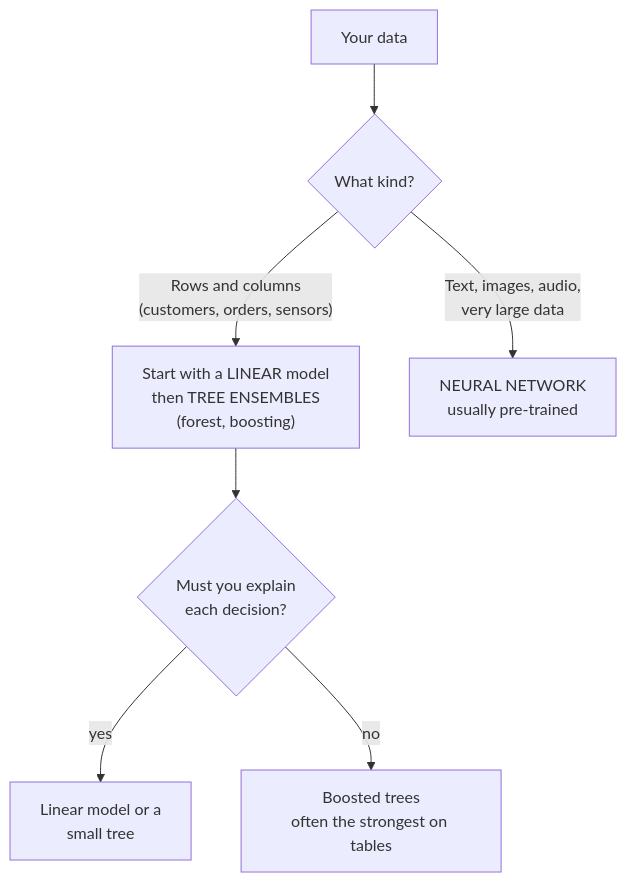
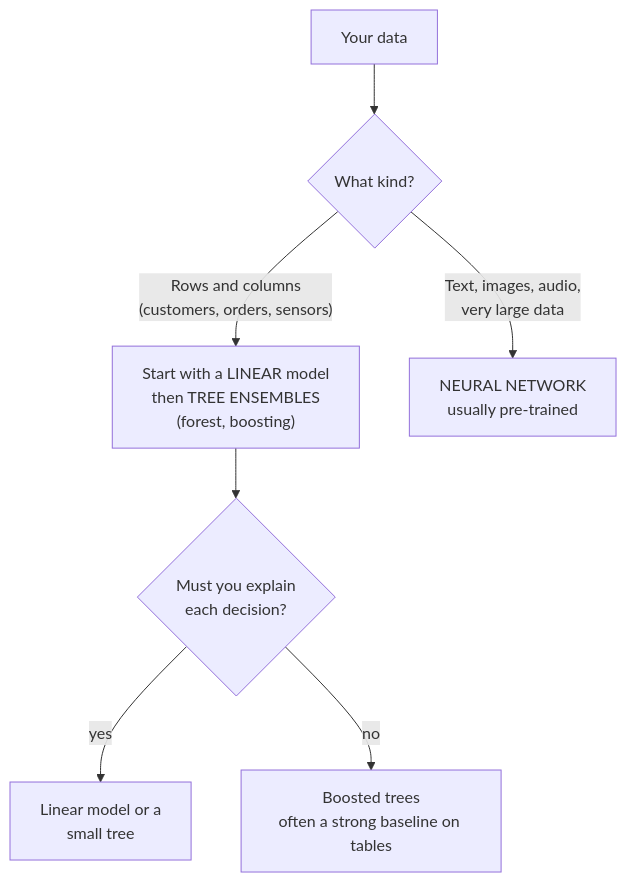
Before and after one commit to aakashagg123/gatsby: the diagram in machine-learning/model-families.md, drawn with Mermaid. The commit also changed other lines of this file and 20 other files, not shown here.

````diff
--- a/machine-learning/model-families.md
+++ b/machine-learning/model-families.md
@@ -43,9 +44,9 @@
 ```mermaid
 flowchart TB
   D["Your data"] --> Q{"What kind?"}
   Q -->|"Rows and columns<br/>(customers, orders, sensors)"| T["Start with a LINEAR model<br/>then TREE ENSEMBLES<br/>(forest, boosting)"]
   Q -->|"Text, images, audio,<br/>very large data"| N["NEURAL NETWORK<br/>usually pre-trained"]
   T --> E{"Must you explain<br/>each decision?"}
   E -->|"yes"| L["Linear model or a<br/>small tree"]
-  E -->|"no"| B["Boosted trees<br/>often the strongest on tables"]
+  E -->|"no"| B["Boosted trees<br/>often a strong baseline on tables"]
 ```
````
